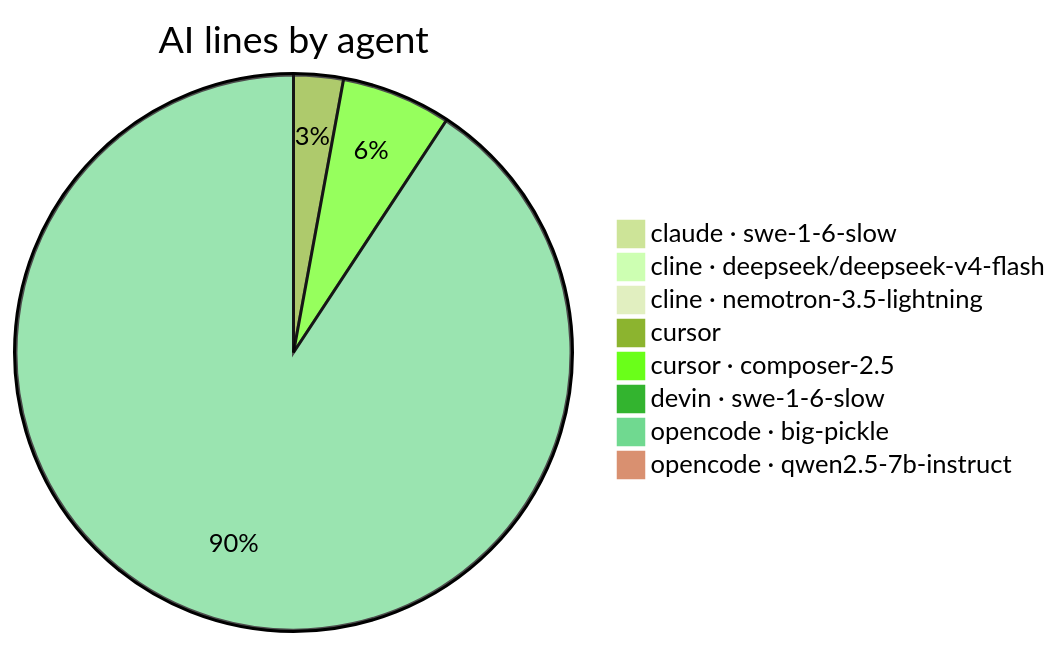
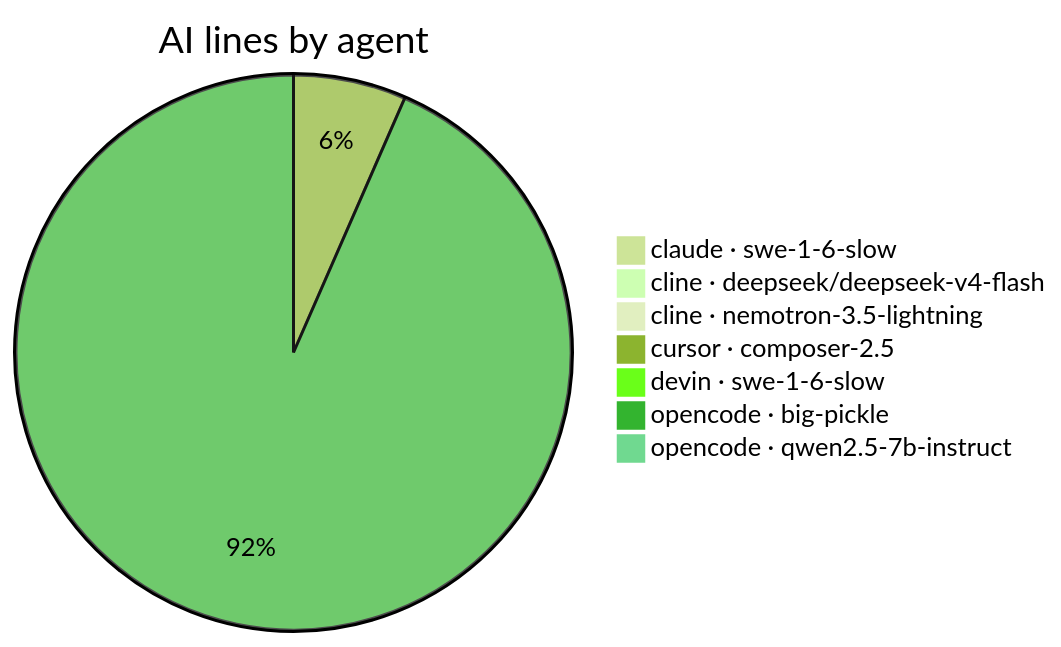
Before and after one commit to CaliMark/game-of-life: the second of 5 diagrams in AI-AUTHORSHIP.md, drawn with Mermaid (forest theme). The commit also changed other lines of this file and 1 other file, not shown here.

````diff
--- a/AI-AUTHORSHIP.md
+++ b/AI-AUTHORSHIP.md
@@ -37,11 +36,10 @@
 ```mermaid
 pie title AI lines by agent
     "claude · swe-1-6-slow" : 1
     "cline · deepseek/deepseek-v4-flash" : 1
     "cline · nemotron-3.5-lightning" : 1
-    "cursor" : 19
     "cursor · composer-2.5" : 42
     "devin · swe-1-6-slow" : 1
-    "opencode · big-pickle" : 597
+    "opencode · big-pickle" : 598
     "opencode · qwen2.5-7b-instruct" : 3
 ```
````
